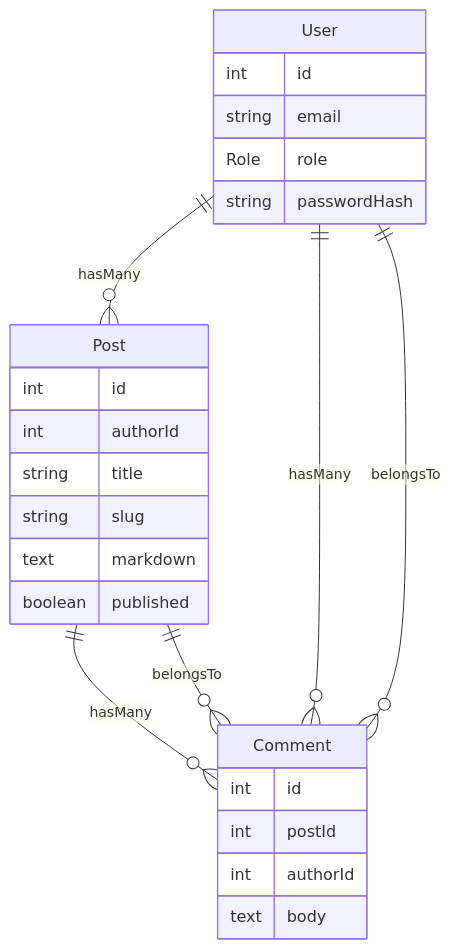
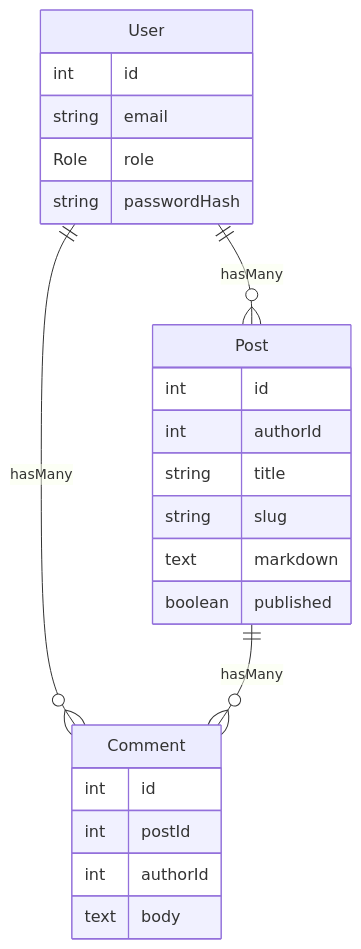
Before and after one commit to ainunns/markdown-blog-api: the diagram in README.md, drawn with Mermaid.

Commit message:
fix: erd in readme

````diff
--- a/README.md
+++ b/README.md
@@ -413,34 +413,31 @@
 ```mermaid
 erDiagram
   User {
     int id
     string email
     Role role
     string passwordHash
   }
 
   Post {
     int id
     int authorId
     string title
     string slug
     text markdown
     boolean published
   }
 
   Comment {
     int id
     int postId
     int authorId
     text body
   }
 
   %% Relationships
   User ||--o{ Post : hasMany
   User ||--o{ Comment : hasMany
   Post ||--o{ Comment : hasMany
 
-  Comment }o--|| User : belongsTo
-  Comment }o--|| Post : belongsTo
-
 ```
````
